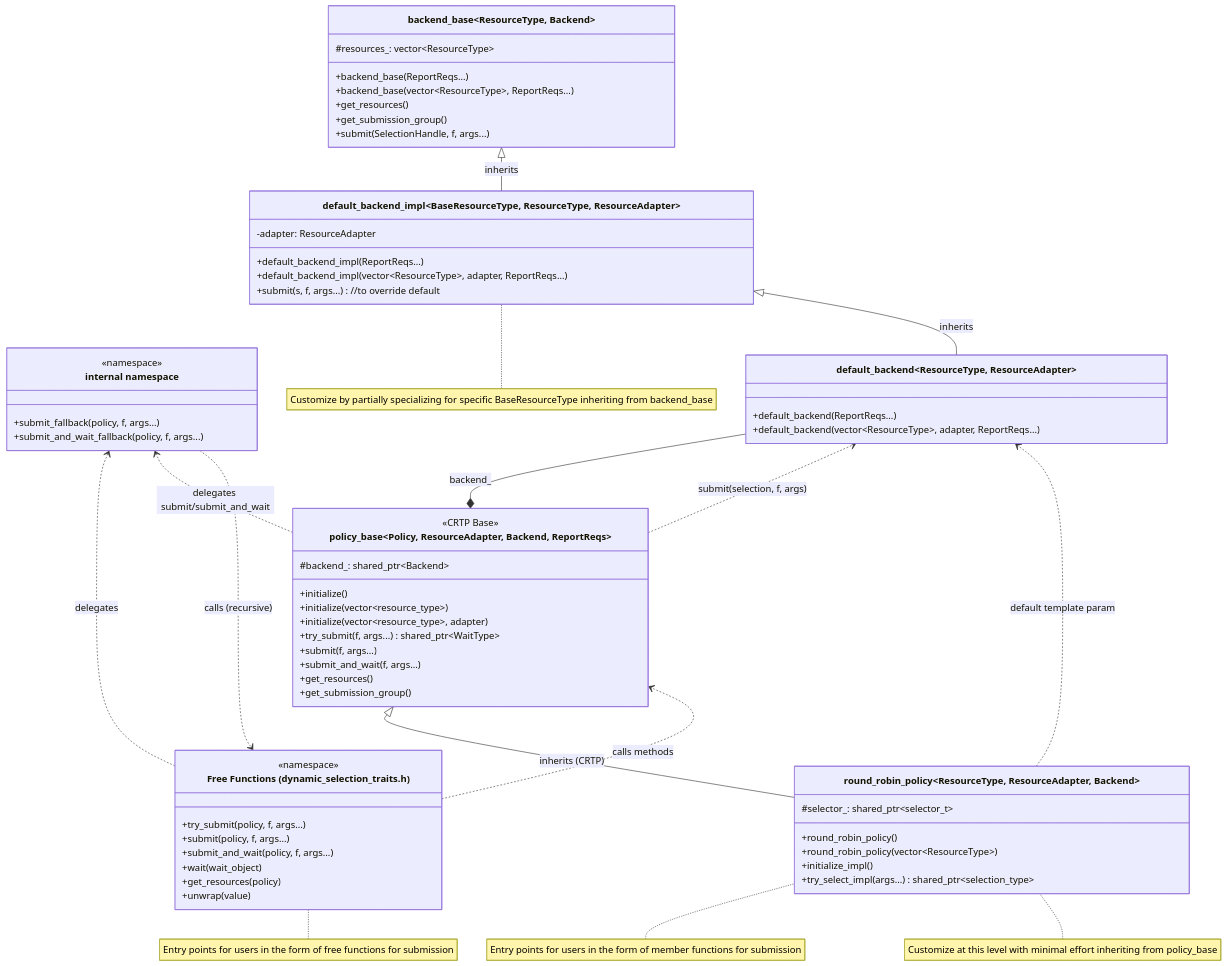
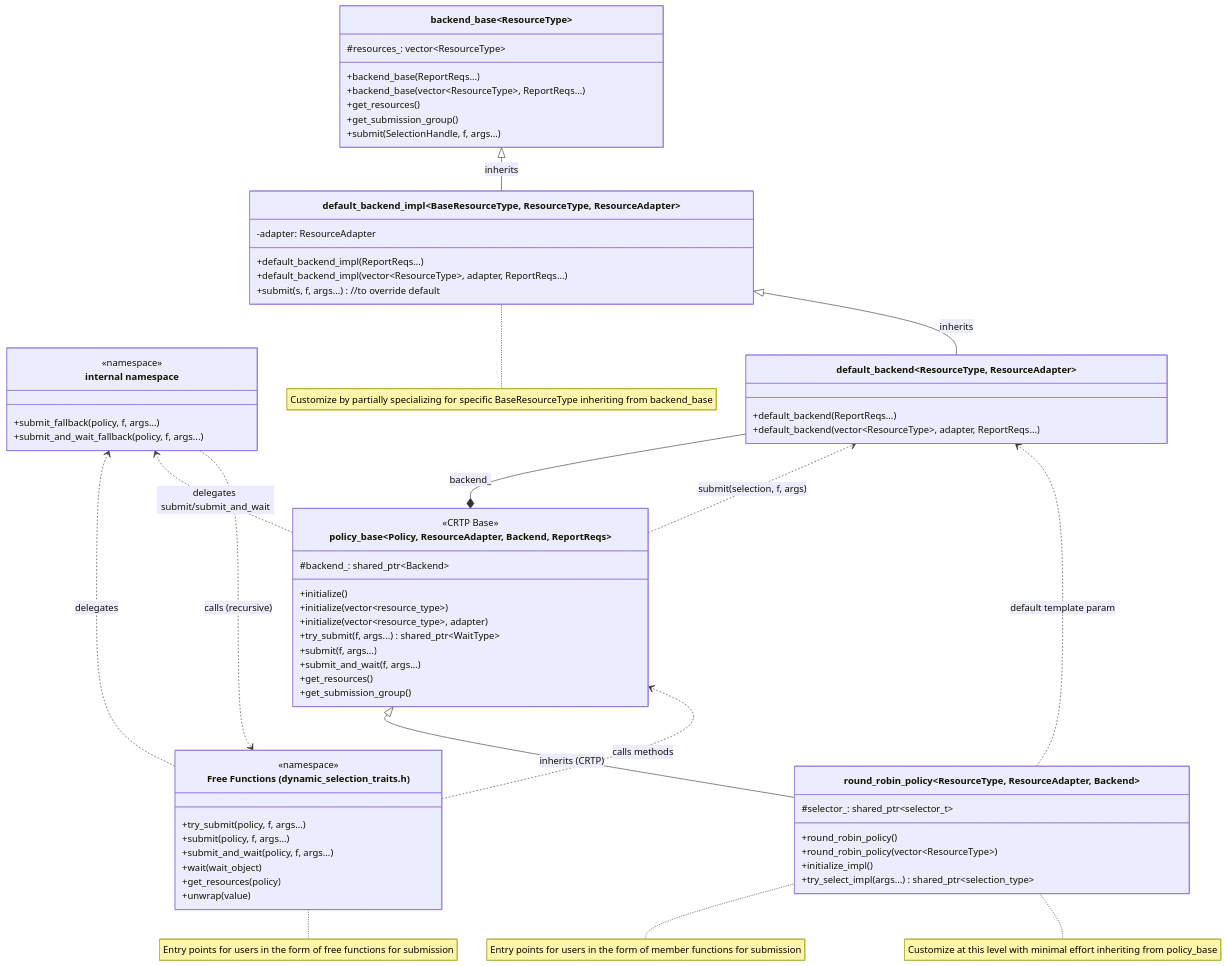
Before and after one commit to uxlfoundation/oneDPL: the diagram in rfcs/experimental/dynamic_selection/customization/README.md, drawn with Mermaid.

Commit message:
fix template types for backend_base

```diff
--- a/rfcs/experimental/dynamic_selection/customization/README.md
+++ b/rfcs/experimental/dynamic_selection/customization/README.md
@@ -42,7 +42,7 @@
     direction BT
 
     %% Backend Layer
-    class backend_base~ResourceType, Backend~ {
+    class backend_base~ResourceType~ {
         #resources_: vector~ResourceType~
         +backend_base(ReportReqs...)
         +backend_base(vector~ResourceType~, ReportReqs...)
```
